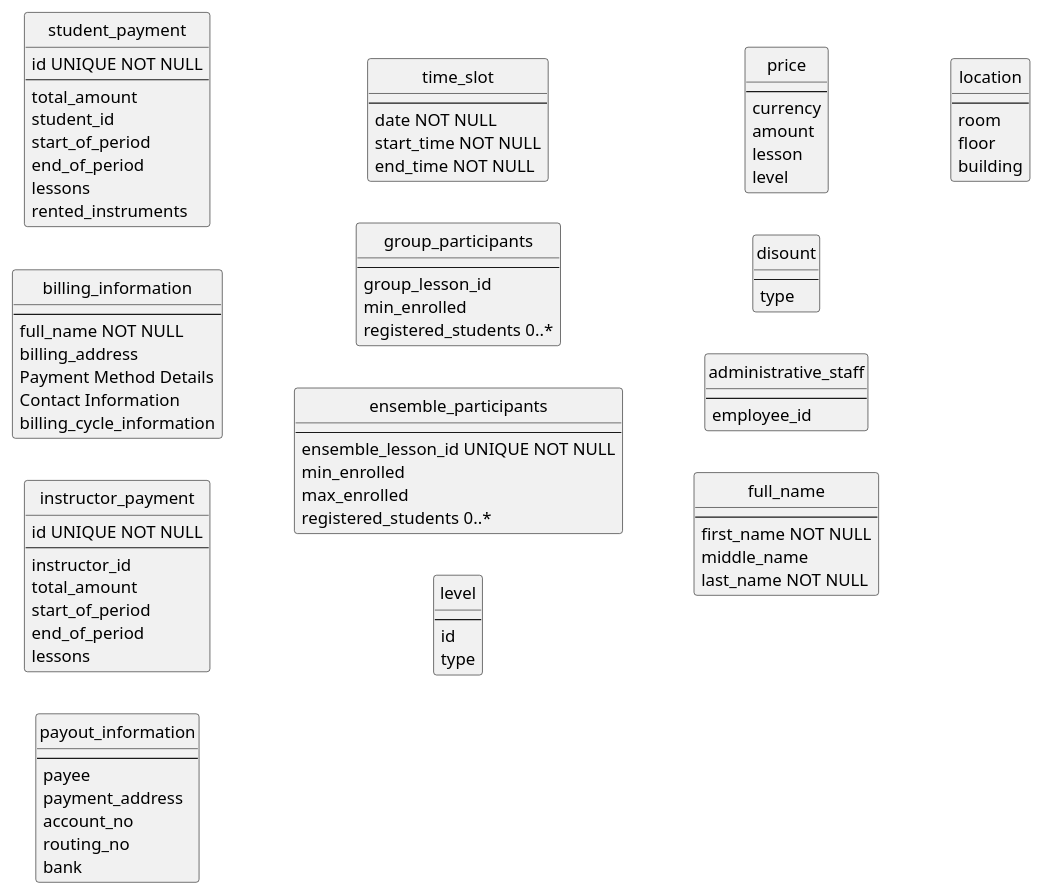
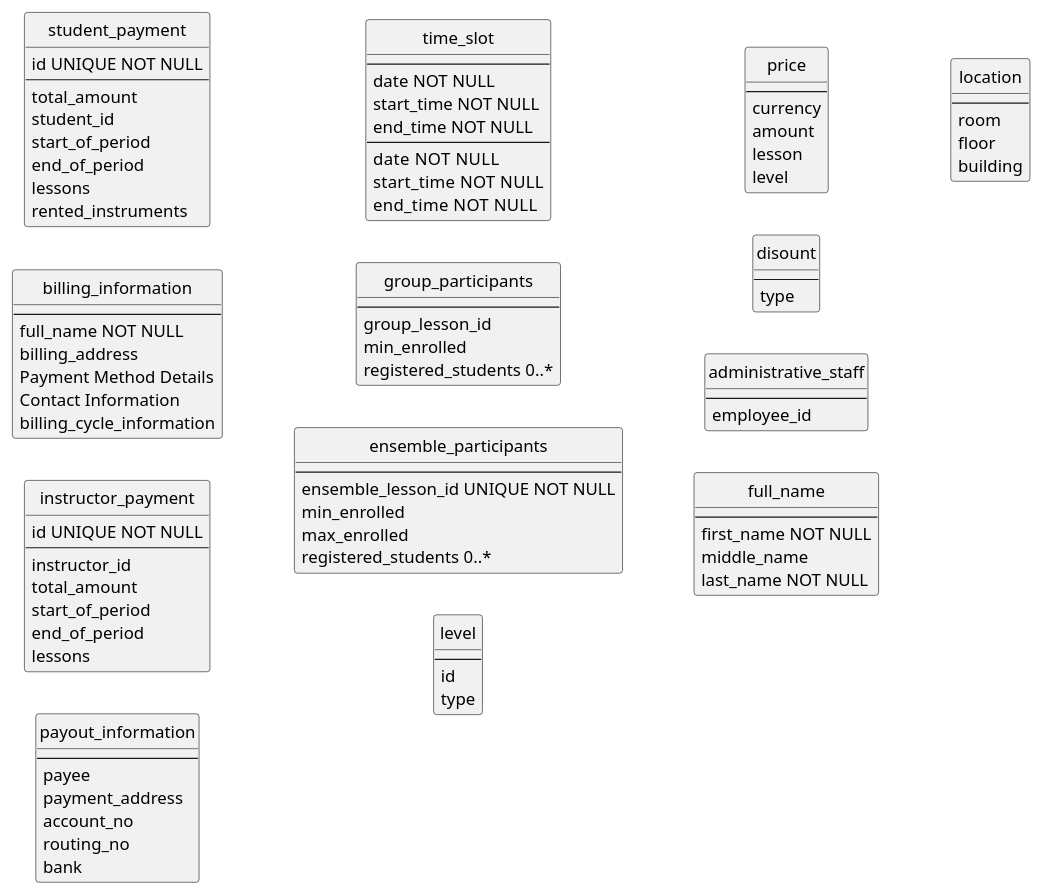
One commit to blomquiste/kth-iv1351-data-storage-paradigms changed the second of 2 diagrams in diagrams/cm.puml. Above: the diagram before and after it, drawn with PlantUML. The commit also changed 2 other files, not shown here.

Commit message:
Updated cm plantuml and notes

```diff
--- a/diagrams/cm.puml
+++ b/diagrams/cm.puml
@@ -269,134 +269,142 @@
 @startuml
 hide circle
 
 skinparam linetype ortho
 ' top to bottom direction
 left to right direction
 ' skinparam ClassAttributeIconSize 0
 
 ' FINANCIAL
 entity student_payment {
     id UNIQUE NOT NULL
     --
     total_amount
     student_id
     start_of_period
     end_of_period
     lessons
     rented_instruments
 }
 ' note bottom 
 '     What if the bill should include several students? 
 ' end note
 entity "billing_information" {
     --
     ' The name on the credit card or billing account.
     full_name NOT NULL
     ' The address associated with the credit card or account.
     billing_address
     ' Credit card number, expiration date, and security code (CVV), or bank account details for direct debit.
     Payment Method Details
     ' Phone number and email address, in case the business needs to contact the person about their bill.
     Contact Information
     ' Information regarding how often the customer will be charged (monthly, quarterly, annually).
     billing_cycle_information
 }
 
 entity instructor_payment {
     id UNIQUE NOT NULL
     --
     instructor_id
     total_amount
     start_of_period
     end_of_period
     lessons
 }
 ' entity "monthly_statement" {
 ' }
 
 entity "payout_information" {
     --
     ' The name of the individual or business that will receive the payment.
     payee
     ' Payment Address: The postal address associated with the payee's account, if necessary.
     payment_address
     ' Bank Account Details: This could include the bank name, account number, and routing number for bank transfers.
     account_no
     routing_no
     bank
     ' SWIFT Code and International Bank Account Number (IBAN): For international payments, these numbers help identify the bank and the individual account.
     ' Tax Identification Number (TIN): This might be required for tax purposes, depending on the nature and location of the transaction.
 }
 
 
 ' billing_information ||--|{ student : for
 ' payout_information ||--|| instructor : for
 
 ' individual_lesson ||---|| time_period : lasts
 ' group_lesson ||---|| time_period : lasts
 ' ensemble ||---|| time_period : lasts
 ' group_lesson ||---|| group_participants : has
 ' ensemble ||---|| ensemble_participants : has
 
 entity "time_slot" {
     --
     date NOT NULL
     start_time NOT NULL
     end_time NOT NULL
 }
 
 entity "group_participants" {
     --
     group_lesson_id
     min_enrolled
     registered_students 0..*
     ' registered_students : student_id[]
 }
 
 entity "ensemble_participants" {
     --
     ensemble_lesson_id UNIQUE NOT NULL
     min_enrolled
     max_enrolled
     registered_students 0..*
 }
 
 entity "level" {
     --
     id
     type
 }
 
 entity "price" {
     --
     currency
     amount
     lesson
     level
 }
 
 entity "disount" {
     --
     type
 }
 
 entity "administrative_staff" {
     --
     employee_id
 }
 
 entity "full_name" {
     --
     first_name NOT NULL
     middle_name
     last_name NOT NULL
 }
 
 entity "location" {
     --
     room
     floor
     building
 }
 
+entity "time_slot" {
+    ' id  UNIQUE NOT NULL
+    --
+    date  NOT NULL
+    start_time  NOT NULL
+    end_time  NOT NULL
+}
+
 @enduml
```
